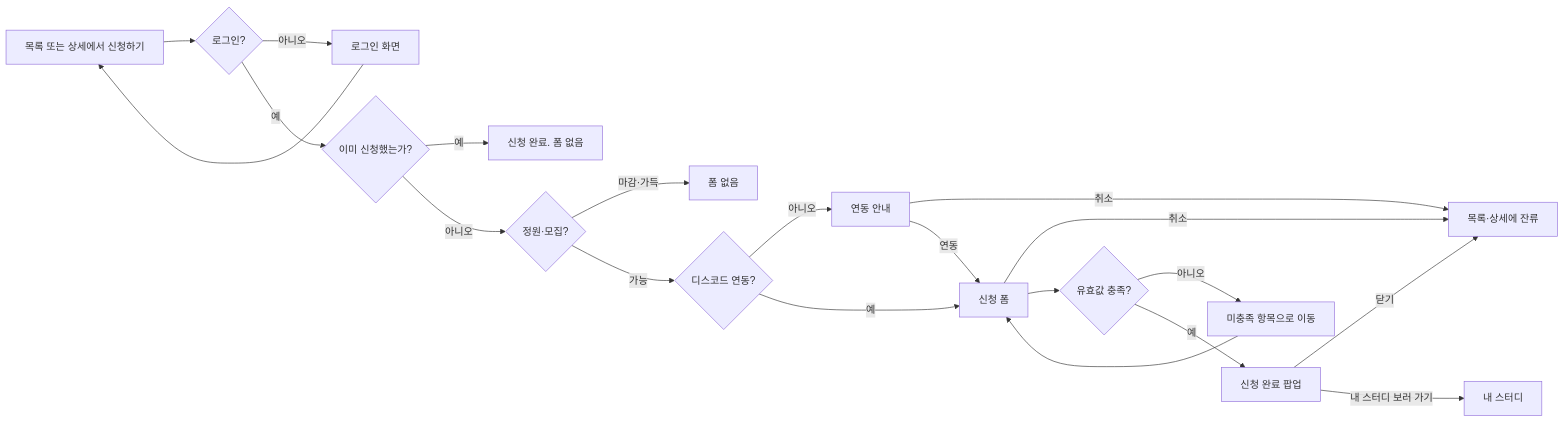
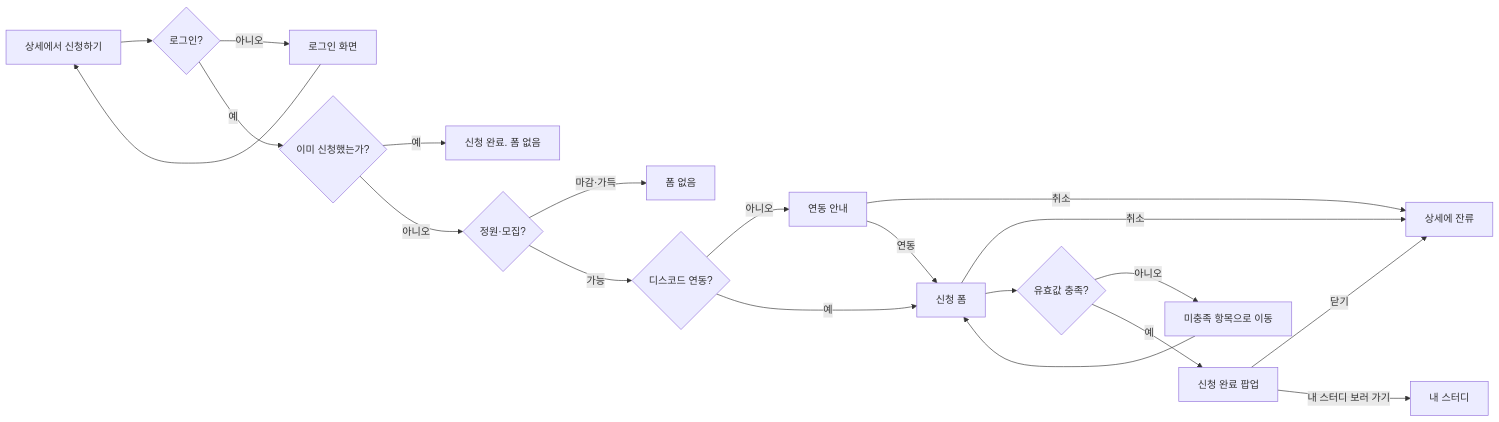
The first of 2 diagrams in planning/stories/crew-submit-application/PRD.md (StudyClub-PlusPlus/studyclub-engineering), drawn with Mermaid before and after one commit. The commit also changed other lines of this file and 14 other files, not shown here.

````diff
--- a/planning/stories/crew-submit-application/PRD.md
+++ b/planning/stories/crew-submit-application/PRD.md
@@ -9,21 +11,21 @@
 ```mermaid
 flowchart LR
-  A["목록 또는 상세에서 신청하기"] --> L{"로그인?"}
+  A["상세에서 신청하기"] --> L{"로그인?"}
   L -->|아니오| M["로그인 화면"]
   M --> A
   L -->|예| B{"이미 신청했는가?"}
   B -->|예| C["신청 완료. 폼 없음"]
   B -->|아니오| N{"정원·모집?"}
   N -->|마감·가득| O["폼 없음"]
   N -->|가능| D{"디스코드 연동?"}
   D -->|아니오| E["연동 안내"]
-  E -->|취소| F["목록·상세에 잔류"]
+  E -->|취소| F["상세에 잔류"]
   E -->|연동| G["신청 폼"]
   D -->|예| G
   G -->|취소| F
   G --> H{"유효값 충족?"}
   H -->|아니오| I["미충족 항목으로 이동"] --> G
   H -->|예| J["신청 완료 팝업"]
   J -->|닫기| F
   J -->|내 스터디 보러 가기| K["내 스터디"]
 ```
````
